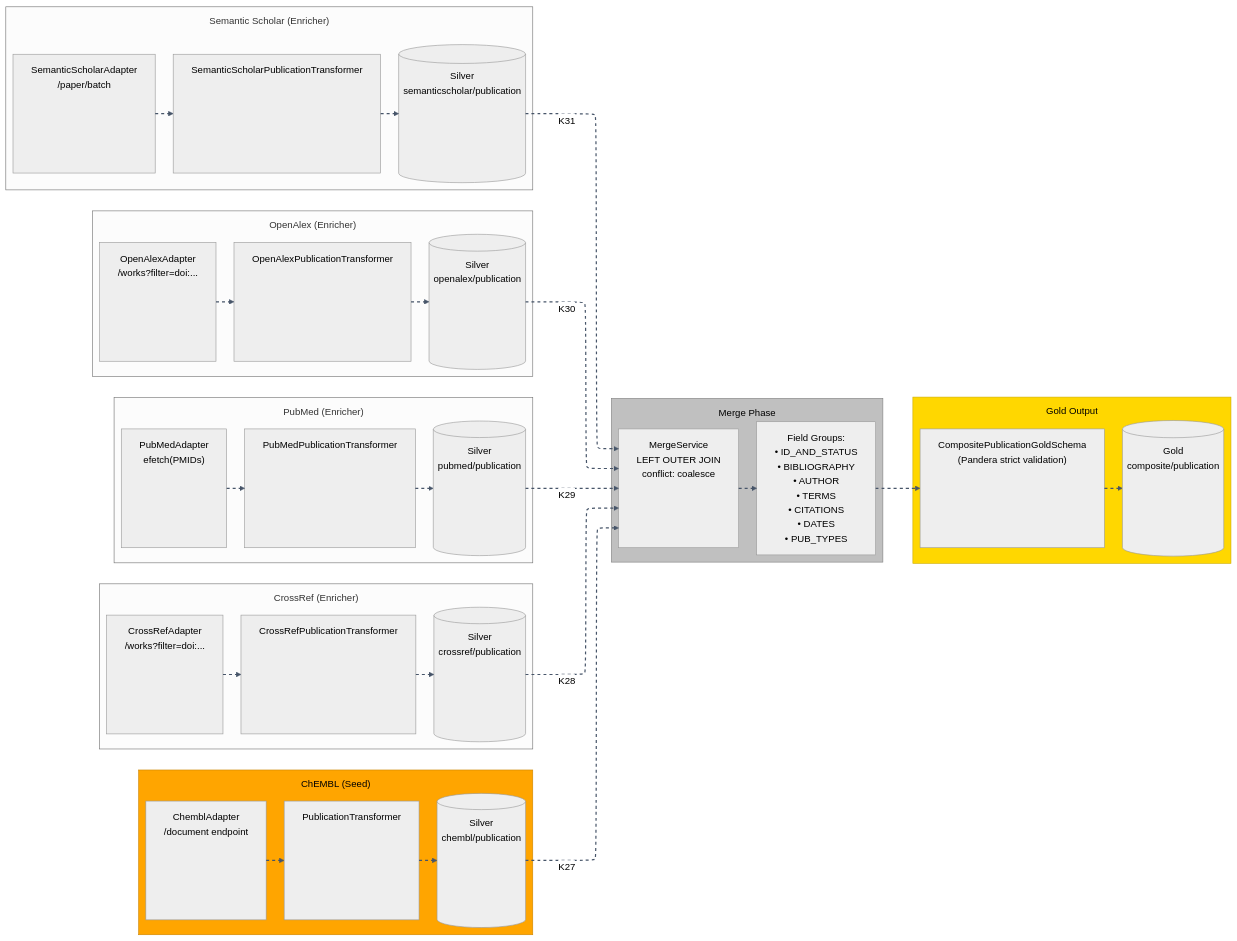
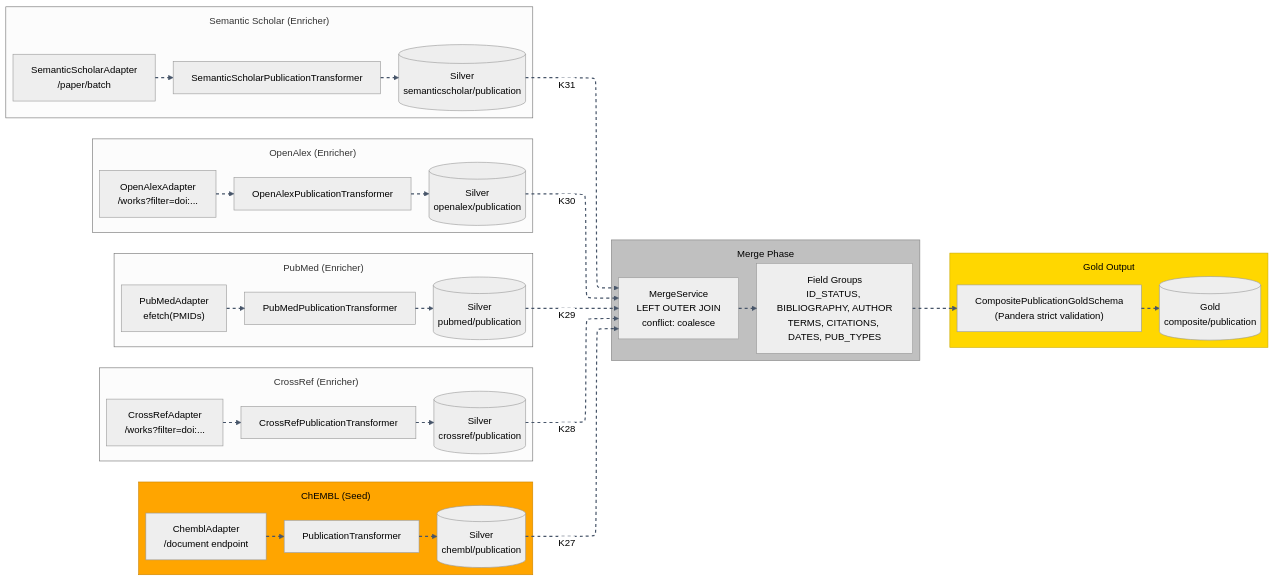
Before and after one commit to SatoryKono/BioactivityDataAcquisition: the diagram in docs/02-architecture/mmd-diagrams/views/44-cross-provider-enrichment-full.mermaid, drawn with Mermaid (neutral theme). The commit also changed 4 other files, not shown here.

```diff
--- a/docs/02-architecture/mmd-diagrams/views/44-cross-provider-enrichment-full.mermaid
+++ b/docs/02-architecture/mmd-diagrams/views/44-cross-provider-enrichment-full.mermaid
@@ -1,95 +1,95 @@
 %% View: Full | Parent: (root)
 %% Parent source: docs/02-architecture/mmd-diagrams/foundation/44-cross-provider-enrichment.mmd
 %% Full reference diagram retained after decomposition.
 %% Title: Cross-Provider Data Enrichment Flow — Publication
 %% Covers: ADR-026 (Composite), publication composite pipeline config
 %% Rank: 19 (Score 8.00) — 5 providers merging into unified Gold
 %% Updated: 2026-02-17
 %% Legend: see 00-legend.mermaid
 
 %% @version 1.0.0
 %% @date    2026-02-24
 %% @type    flowchart
 %% @level   Mixed (System / Component / Class)
 
 %%{init: {
   'flowchart': {
     'subGraphTitleMargin': { 'top': 12, 'bottom': 12 }
   },
   'layout': 'elk',
   'elk': {
     'mergeEdges': true,
     'nodePlacementStrategy': 'BRANDES_KOEPF',
     'edgeRouting': 'ORTHOGONAL'
   }
 }}%%
 %% @uniform width=336 height=162 max_title_len=37 max_desc_lines=7
 flowchart LR
     subgraph ChEMBL["ChEMBL (Seed)"]
-        CA["ChemblAdapter<br/>/document endpoint<br/><br/><br/><br/><br/><br/>"]
-        CT["PublicationTransformer<br/><br/><br/><br/><br/><br/><br/>"]
-        CS[("Silver<br/>chembl/publication"<br/><br/><br/><br/><br/><br/>)]
+        CA["ChemblAdapter<br/>/document endpoint"]
+        CT["PublicationTransformer"]
+        CS[("Silver<br/>chembl/publication")]
     end
 
     subgraph CrossRef["CrossRef (Enricher)"]
-        CRA["CrossRefAdapter<br/>/works?filter=doi:...<br/><br/><br/><br/><br/><br/>"]
-        CRT["CrossRefPublicationTransformer<br/><br/><br/><br/><br/><br/><br/>"]
-        CRS[("Silver<br/>crossref/publication"<br/><br/><br/><br/><br/><br/>)]
+        CRA["CrossRefAdapter<br/>/works?filter=doi:..."]
+        CRT["CrossRefPublicationTransformer"]
+        CRS[("Silver<br/>crossref/publication")]
     end
 
     subgraph PubMed["PubMed (Enricher)"]
-        PMA["PubMedAdapter<br/>efetch(PMIDs)<br/><br/><br/><br/><br/><br/>"]
-        PMT["PubMedPublicationTransformer<br/><br/><br/><br/><br/><br/><br/>"]
-        PMS[("Silver<br/>pubmed/publication"<br/><br/><br/><br/><br/><br/>)]
+        PMA["PubMedAdapter<br/>efetch(PMIDs)"]
+        PMT["PubMedPublicationTransformer"]
+        PMS[("Silver<br/>pubmed/publication")]
     end
 
     subgraph OpenAlex["OpenAlex (Enricher)"]
-        OAA["OpenAlexAdapter<br/>/works?filter=doi:...<br/><br/><br/><br/><br/><br/>"]
-        OAT["OpenAlexPublicationTransformer<br/><br/><br/><br/><br/><br/><br/>"]
-        OAS[("Silver<br/>openalex/publication"<br/><br/><br/><br/><br/><br/>)]
+        OAA["OpenAlexAdapter<br/>/works?filter=doi:..."]
+        OAT["OpenAlexPublicationTransformer"]
+        OAS[("Silver<br/>openalex/publication")]
     end
 
     subgraph S2["Semantic Scholar (Enricher)"]
-        SSA["SemanticScholarAdapter<br/>/paper/batch<br/><br/><br/><br/><br/><br/>"]
-        SST["SemanticScholarPublicationTransformer<br/><br/><br/><br/><br/><br/><br/>"]
-        S2S[("Silver<br/>semanticscholar/publication"<br/><br/><br/><br/><br/><br/>)]
+        SSA["SemanticScholarAdapter<br/>/paper/batch"]
+        SST["SemanticScholarPublicationTransformer"]
+        S2S[("Silver<br/>semanticscholar/publication")]
     end
 
     subgraph Merge["Merge Phase"]
-        MS["MergeService<br/>LEFT OUTER JOIN<br/>conflict: coalesce<br/><br/><br/><br/><br/>"]
-        FIELDS["Field Groups:<br/>• ID_AND_STATUS<br/>• BIBLIOGRAPHY<br/>• AUTHOR<br/>• TERMS<br/>• CITATIONS<br/>• DATES<br/>• PUB_TYPES"]
+        MS["MergeService<br/>LEFT OUTER JOIN<br/>conflict: coalesce"]
+        FIELDS["Field Groups<br/>ID_STATUS, BIBLIOGRAPHY, AUTHOR<br/>TERMS, CITATIONS, DATES, PUB_TYPES"]
     end
 
     subgraph Gold["Gold Output"]
-        GS["CompositePublicationGoldSchema<br/>(Pandera strict validation)<br/><br/><br/><br/><br/><br/>"]
-        GT[("Gold<br/>composite/publication"<br/><br/><br/><br/><br/><br/>)]
+        GS["CompositePublicationGoldSchema<br/>(Pandera strict validation)"]
+        GT[("Gold<br/>composite/publication")]
     end
 
     %% Flows
     CA --> CT --> CS
     CRA --> CRT --> CRS
     PMA --> PMT --> PMS
     OAA --> OAT --> OAS
     SSA --> SST --> S2S
 
     CS -->|K27| MS
     CRS -->|K28| MS
     PMS -->|K29| MS
     OAS -->|K30| MS
     S2S -->|K31| MS
 
     MS --> FIELDS
     FIELDS --> GS --> GT
 
     %% Styling
     style ChEMBL fill:#FFA500,stroke:#cc8400,color:#000
     style Merge fill:#C0C0C0,stroke:#808080,color:#000
     style Gold fill:#FFD700,stroke:#ccac00,color:#000
 
     classDef port fill:#f5f3ff,stroke:#7c3aed,stroke-width:1px,color:#111827;
     classDef adapter fill:#fff1f2,stroke:#dc2626,stroke-width:1px,color:#111827;
     classDef service fill:#eff6ff,stroke:#2563eb,stroke-width:1px,color:#111827;
     classDef process fill:#f0fdf4,stroke:#16a34a,stroke-width:1px,color:#111827;
     classDef storage fill:#fff7ed,stroke:#f59e0b,stroke-width:1px,color:#111827;
 
     linkStyle default stroke:#475569,stroke-width:2px,stroke-dasharray:5
```
